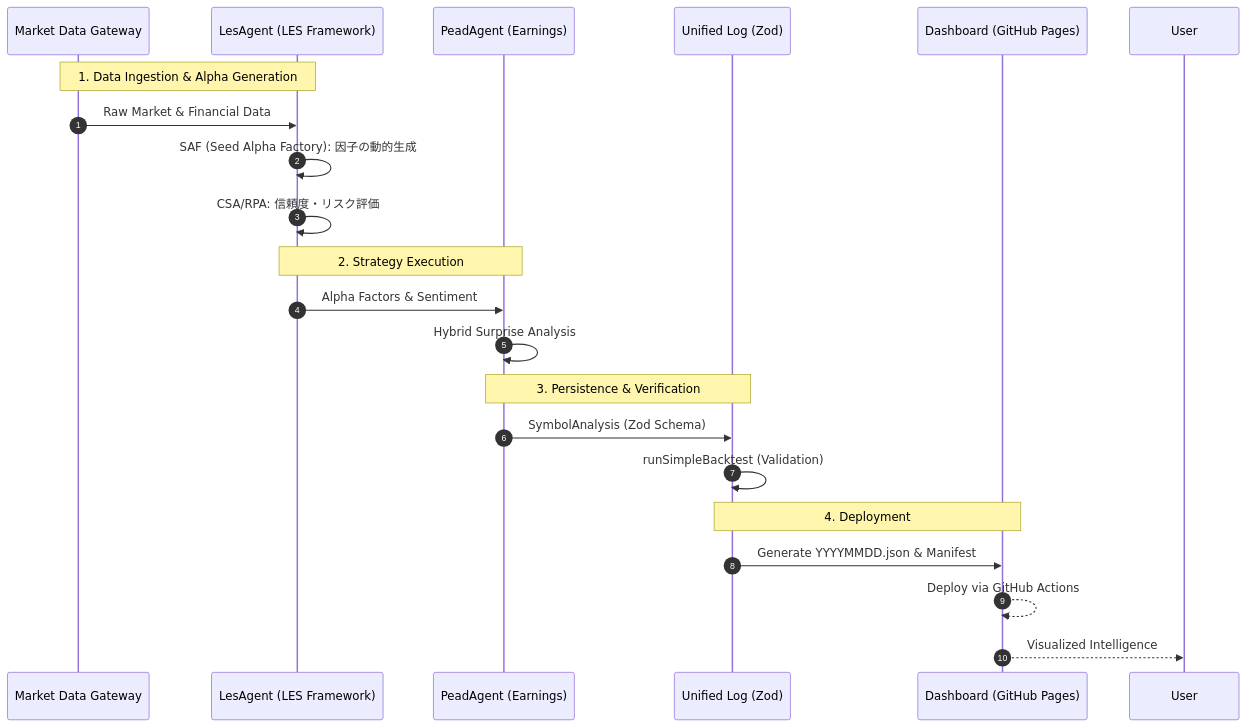
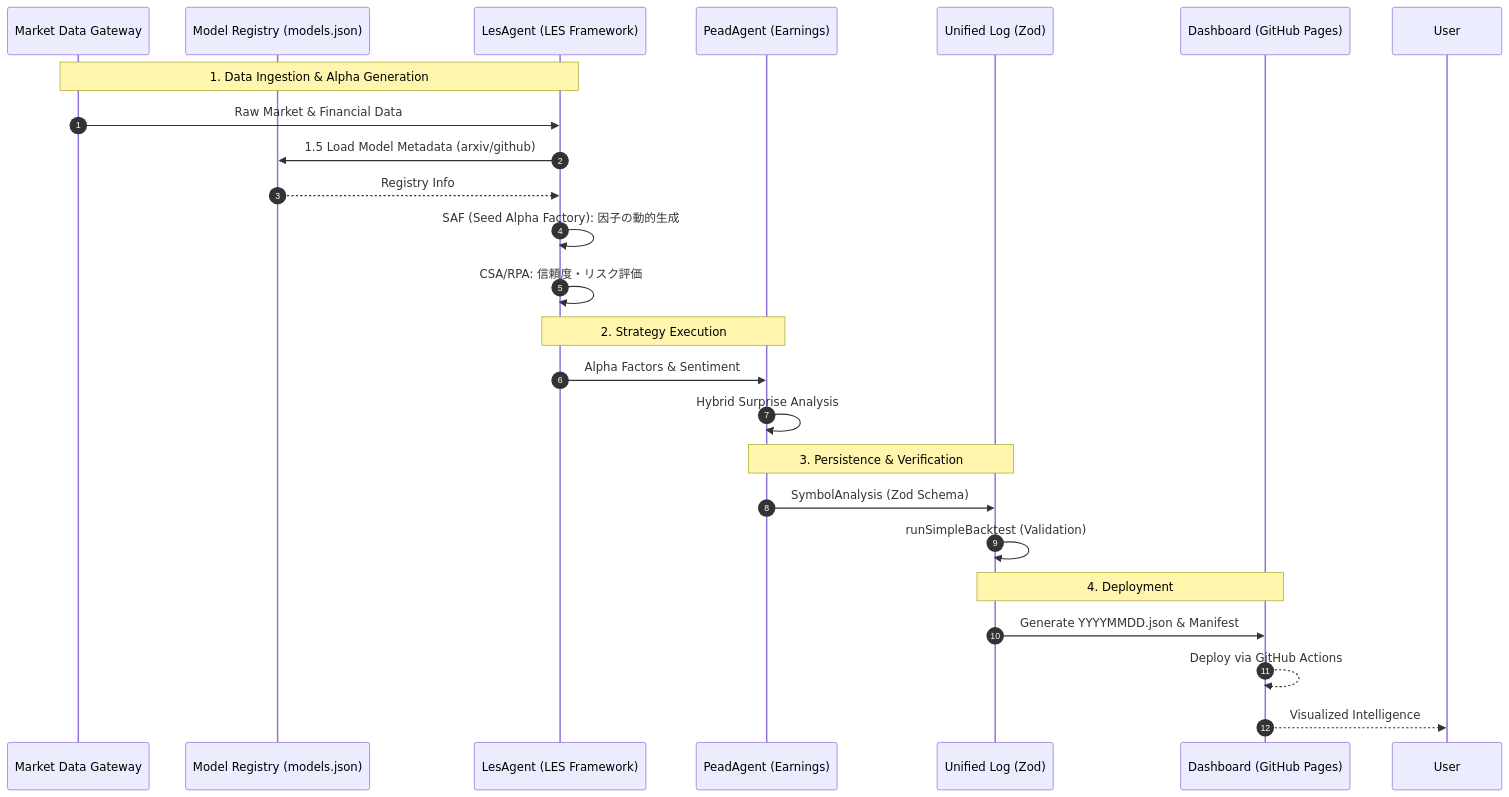
Before and after one commit to KAFKA2306/investor: the diagram in README.md, drawn with Mermaid. The commit also changed 2 other files, not shown here.

Commit message:
feat(les): integrate model registry (models.json) for enhanced traceability

````diff
--- a/README.md
+++ b/README.md
@@ -9,27 +9,30 @@
 ```mermaid
 sequenceDiagram
     autonumber
     participant GW as Market Data Gateway
+    participant MR as Model Registry (models.json)
     participant LES as LesAgent (LES Framework)
     participant PEAD as PeadAgent (Earnings)
     participant LOG as Unified Log (Zod)
     participant DS as Dashboard (GitHub Pages)
 
     Note over GW, LES: 1. Data Ingestion & Alpha Generation
     GW->>LES: Raw Market & Financial Data
+    LES->>MR: 1.5 Load Model Metadata (arxiv/github)
+    MR-->>LES: Registry Info
     LES->>LES: SAF (Seed Alpha Factory): 因子の動的生成
     LES->>LES: CSA/RPA: 信頼度・リスク評価
 
     Note over LES, PEAD: 2. Strategy Execution
     LES->>PEAD: Alpha Factors & Sentiment
     PEAD->>PEAD: Hybrid Surprise Analysis
     
     Note over PEAD, LOG: 3. Persistence & Verification
     PEAD->>LOG: SymbolAnalysis (Zod Schema)
     LOG->>LOG: runSimpleBacktest (Validation)
     
     Note over LOG, DS: 4. Deployment
     LOG->>DS: Generate YYYYMMDD.json & Manifest
     DS-->>DS: Deploy via GitHub Actions
     DS-->>User: Visualized Intelligence
 ```
````
